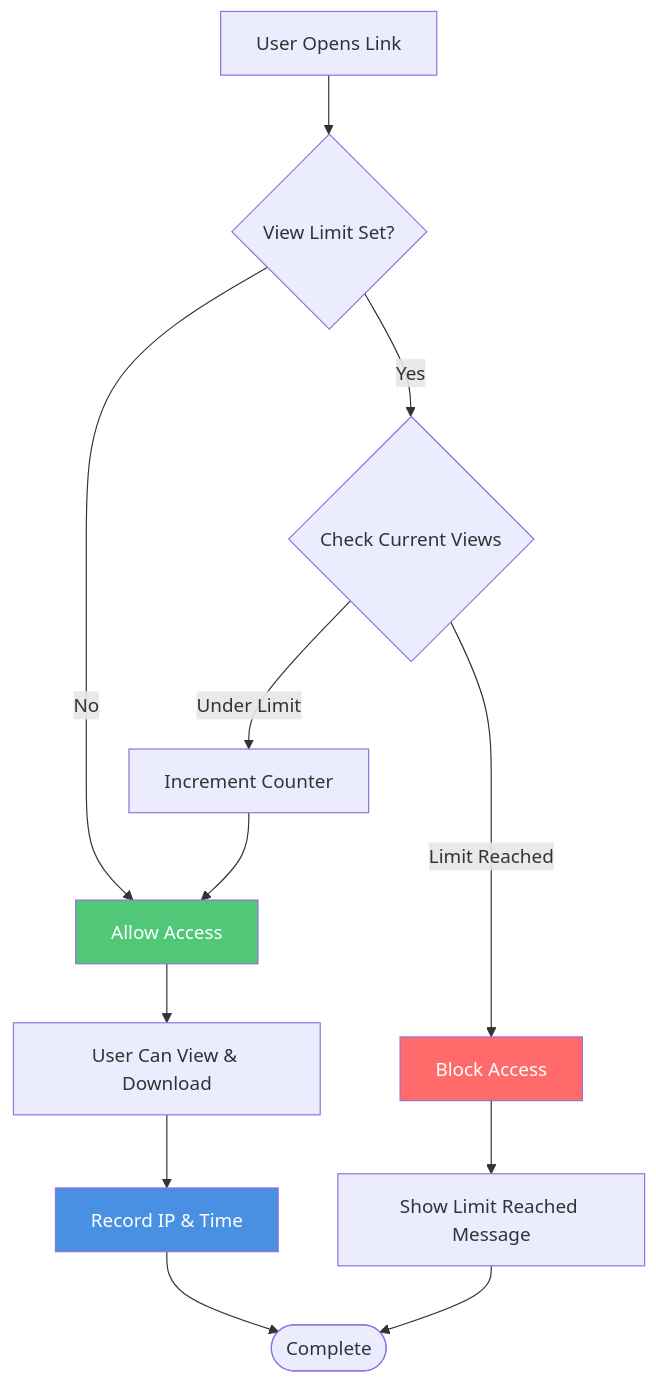
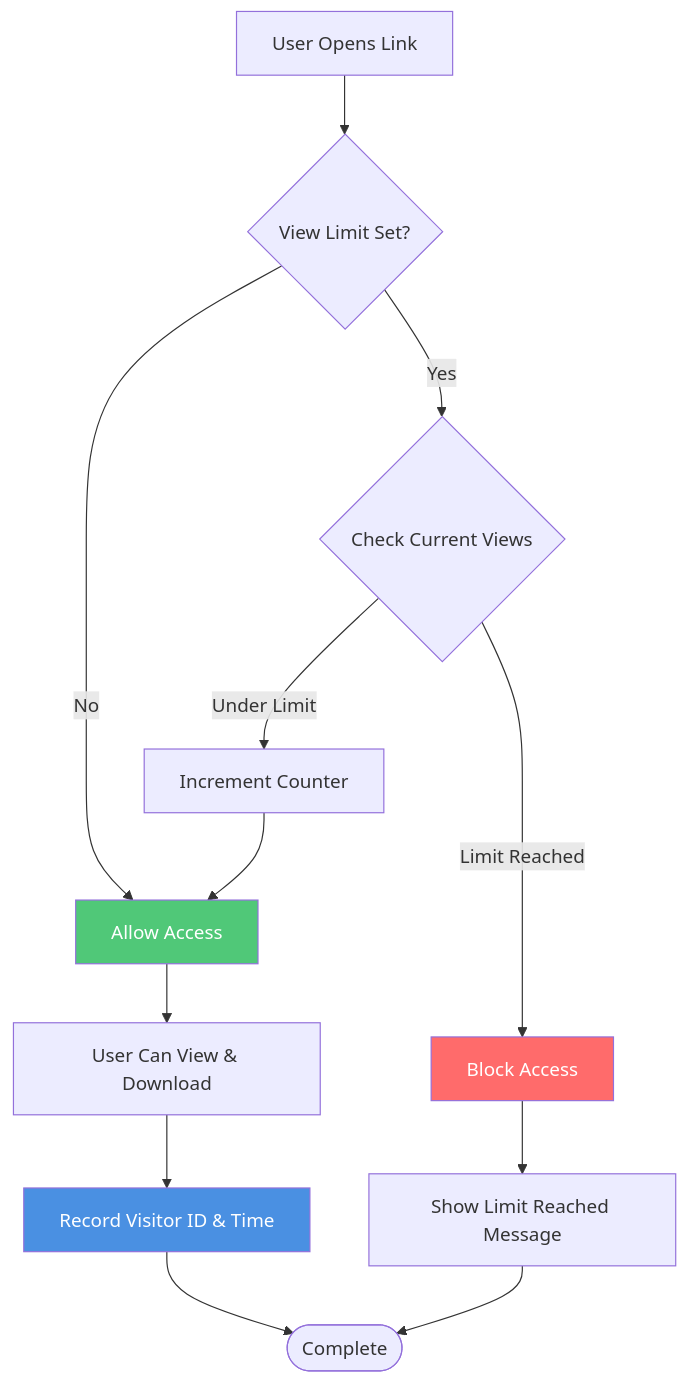
One commit to mythenigma/cloudflareAstro changed the third of 4 diagrams in src/content/blog/en/how-to-make-a-download-link-for-a-pdf.md. Above: the diagram before and after it, drawn with Mermaid. The commit also changed other lines of this file and 353 other files, not shown here.

````diff
--- a/src/content/blog/en/how-to-make-a-download-link-for-a-pdf.md
+++ b/src/content/blog/en/how-to-make-a-download-link-for-a-pdf.md
@@ -194,18 +194,18 @@
 ```mermaid
 flowchart TD
     A[User Opens Link] --> B{View Limit Set?}
     B -->|No| C[Allow Access]
     B -->|Yes| D{Check Current Views}
     D -->|Under Limit| E[Increment Counter]
     D -->|Limit Reached| F[Block Access]
     E --> C
     C --> G[User Can View & Download]
     F --> H[Show Limit Reached Message]
-    G --> I[Record IP & Time]
+    G --> I[Record Visitor ID & Time]
     I --> End([Complete])
     H --> End
     
     style C fill:#50C878,color:#fff
     style F fill:#FF6B6B,color:#fff
     style I fill:#4A90E2,color:#fff
 ```
````
